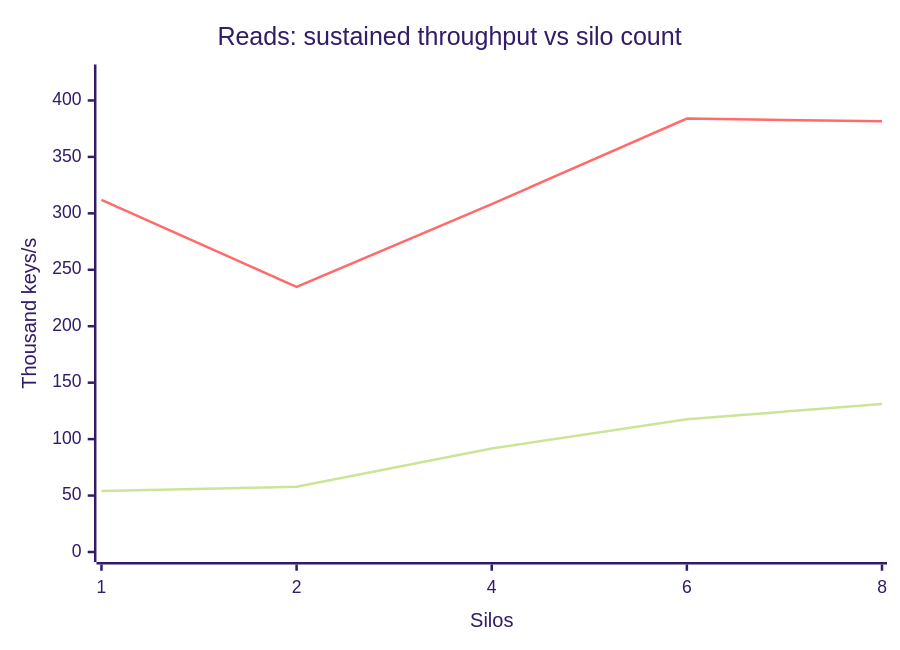
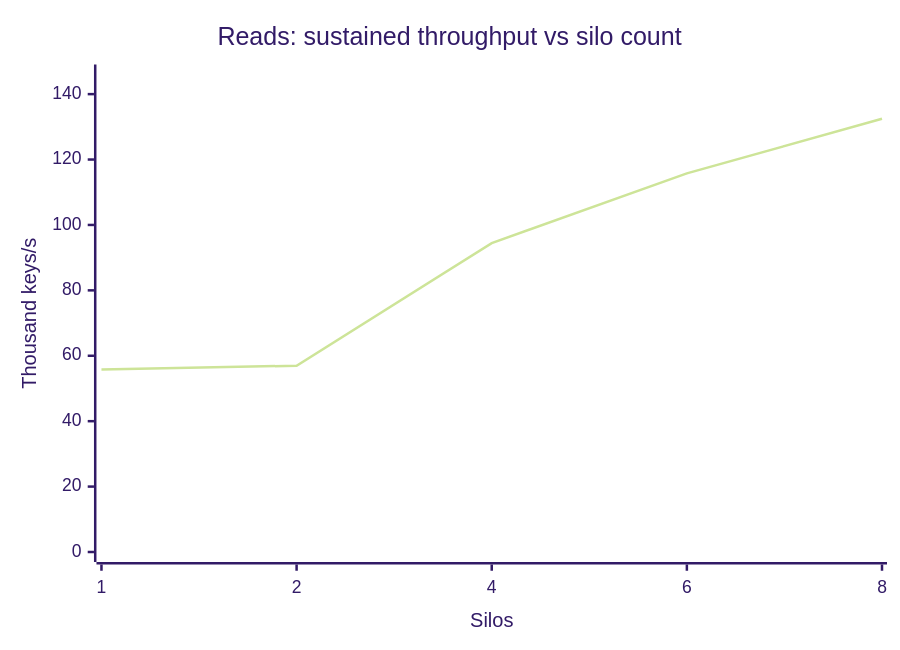
One commit to NSTA1/Orleans.Lattice changed the second of 4 diagrams in docs/lattice/performance-multi-silo.md. Above: the diagram before and after it, drawn with Mermaid (forest theme). The commit also changed other lines of this file, not shown here.

````diff
--- a/docs/lattice/performance-multi-silo.md
+++ b/docs/lattice/performance-multi-silo.md
@@ -80,8 +82,7 @@
 ```mermaid
 xychart-beta
     title "Reads: sustained throughput vs silo count"
     x-axis "Silos" ["1", "2", "4", "6", "8"]
-    y-axis "Thousand keys/s" 0 --> 423
-    line [53.96, 57.77, 91.67, 117.55, 131.18]
-    line [311.88, 234.84, 308.17, 384.01, 381.53]
+    y-axis "Thousand keys/s" 0 --> 146
+    line [55.83, 56.96, 94.45, 115.78, 132.46]
 ```
````
